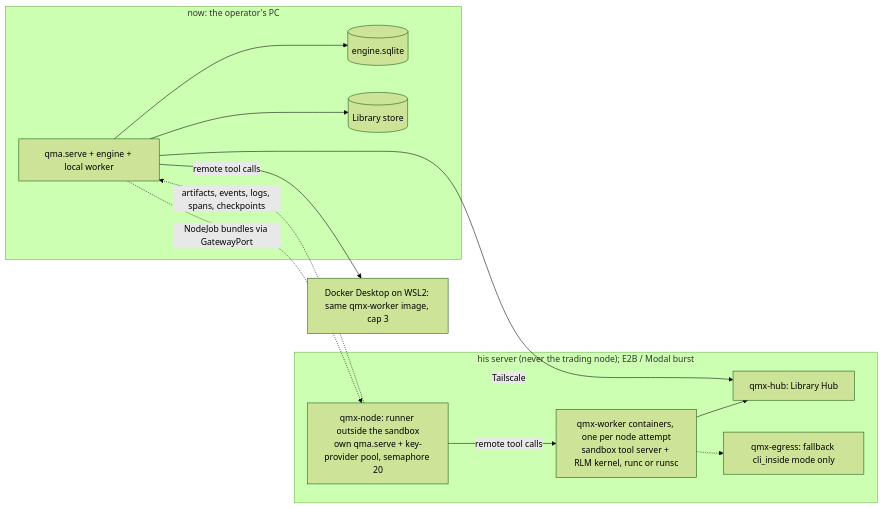
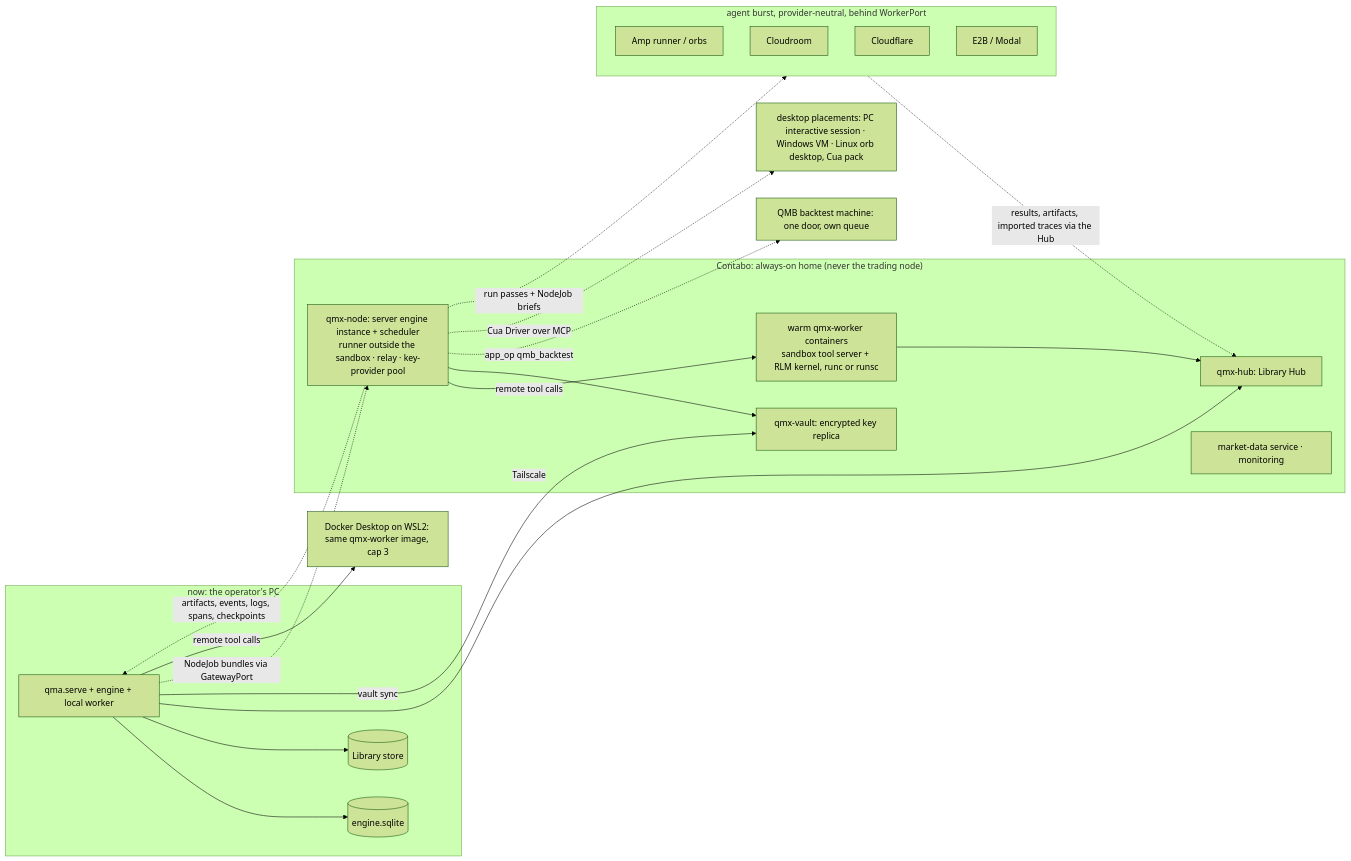
The third of 4 diagrams in tracker/qma-v2/architecture/workflow-engine/ARCHITECTURE-SPINE.md (mubarakhimself-byte/QMX), drawn with Mermaid (forest theme) before and after one commit. The commit also changed other lines of this file and 7 other files, not shown here.

Commit message:
QMA v2 design: rulings 60-72, engine second amendment (keys once, mixed providers, placements, QMB machine, machines view, Cua pack), Cua/Amp/Cloudroom notes, state of play

````diff
--- a/tracker/qma-v2/architecture/workflow-engine/ARCHITECTURE-SPINE.md
+++ b/tracker/qma-v2/architecture/workflow-engine/ARCHITECTURE-SPINE.md
@@ -278,23 +317,37 @@
 ```mermaid
 flowchart LR
   subgraph NOW["now: the operator's PC"]
     A[qma.serve + engine + local worker]
     B[(engine.sqlite)]
     C[(Library store)]
   end
-  subgraph LATER["his server (never the trading node); E2B / Modal burst"]
+  subgraph CONTABO["Contabo: always-on home (never the trading node)"]
     H[qmx-hub: Library Hub]
-    N[qmx-node: runner outside the sandbox<br/>own qma.serve + key-provider pool, semaphore 20]
-    K[qmx-worker containers, one per node attempt<br/>sandbox tool server + RLM kernel, runc or runsc]
-    X[qmx-egress: fallback cli_inside mode only]
+    V[qmx-vault: encrypted key replica]
+    MD[market-data service · monitoring]
+    N[qmx-node: server engine instance + scheduler<br/>runner outside the sandbox · relay · key-provider pool]
+    K[warm qmx-worker containers<br/>sandbox tool server + RLM kernel, runc or runsc]
     N -- remote tool calls --> K
     K --> H
-    K -.-> X
+    N --> V
   end
+  subgraph BURST["agent burst, provider-neutral, behind WorkerPort"]
+    AMP[Amp runner / orbs]
+    CR[Cloudroom]
+    CF[Cloudflare]
+    EM[E2B / Modal]
+  end
+  QMB[QMB backtest machine: one door, own queue]
+  DESK[desktop placements: PC interactive session · Windows VM · Linux orb desktop, Cua pack]
   A --> B
   A --> C
   A -- Tailscale --> H
+  A -- vault sync --> V
   A -. NodeJob bundles via GatewayPort .-> N
+  N -. run passes + NodeJob briefs .-> BURST
+  BURST -. results, artifacts, imported traces via the Hub .-> H
   N -. artifacts, events, logs, spans, checkpoints .-> A
   A -- remote tool calls --> DD[Docker Desktop on WSL2: same qmx-worker image, cap 3]
+  N -. app_op qmb_backtest .-> QMB
+  N -. Cua Driver over MCP .-> DESK
 ```
````
